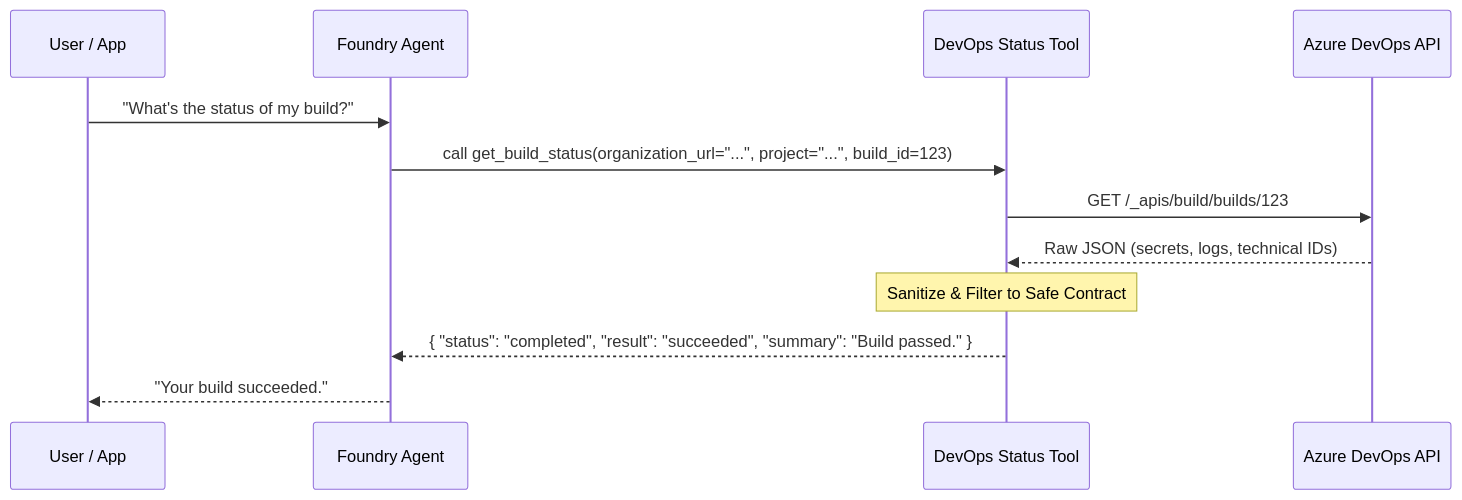
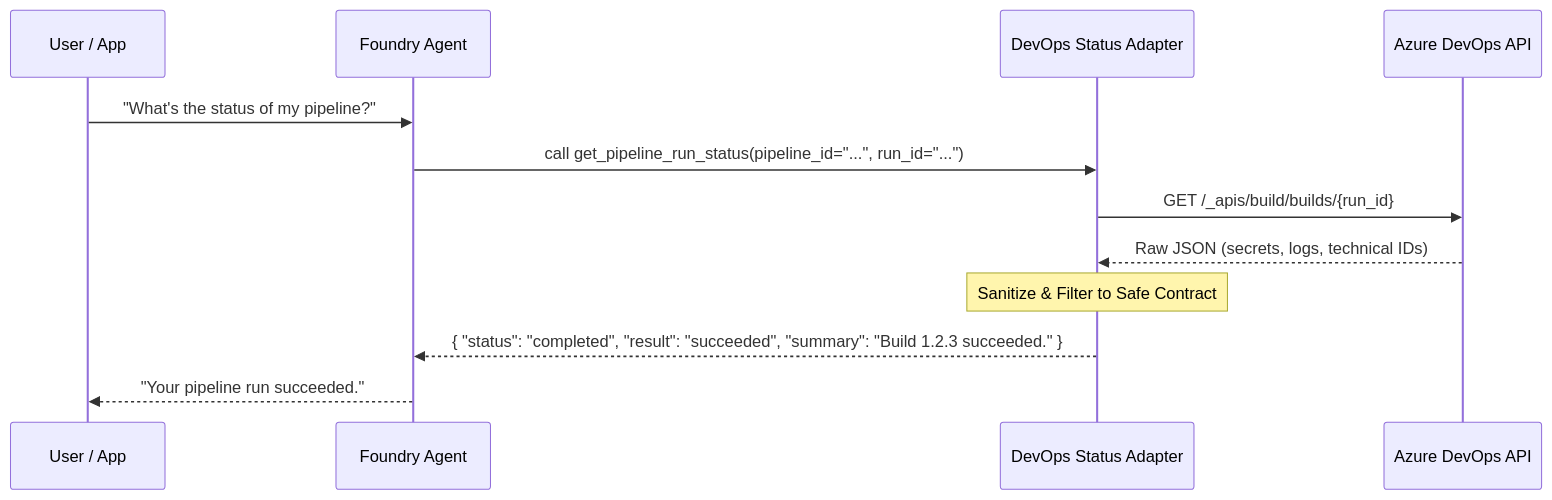
The second of 2 diagrams in solutions/foundry-devops-agent-basic/README.md (wildersa/azure_ref_kit), drawn with Mermaid before and after one commit. The commit also changed other lines of this file and 17 other files, not shown here.

First line of the commit message:
[AGENT-004] Foundry DevOps status agent solution (#271)

````diff
--- a/solutions/foundry-devops-agent-basic/README.md
+++ b/solutions/foundry-devops-agent-basic/README.md
@@ -28,15 +29,15 @@
 ```mermaid
 sequenceDiagram
     participant U as User / App
     participant A as Foundry Agent
-    participant T as DevOps Status Tool
+    participant T as DevOps Status Adapter
     participant D as Azure DevOps API
 
-    U->>A: "What's the status of my build?"
-    A->>T: call get_build_status(organization_url="...", project="...", build_id=123)
-    T->>D: GET /_apis/build/builds/123
+    U->>A: "What's the status of my pipeline?"
+    A->>T: call get_pipeline_run_status(pipeline_id="...", run_id="...")
+    T->>D: GET /_apis/build/builds/{run_id}
     D-->>T: Raw JSON (secrets, logs, technical IDs)
     Note over T: Sanitize & Filter to Safe Contract
-    T-->>A: { "status": "completed", "result": "succeeded", "summary": "Build passed." }
-    A-->>U: "Your build succeeded."
+    T-->>A: { "status": "completed", "result": "succeeded", "summary": "Build 1.2.3 succeeded." }
+    A-->>U: "Your pipeline run succeeded."
 ```
````
